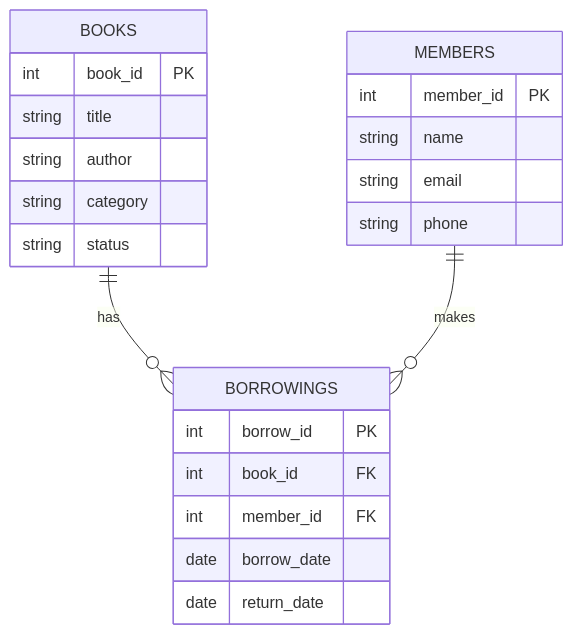
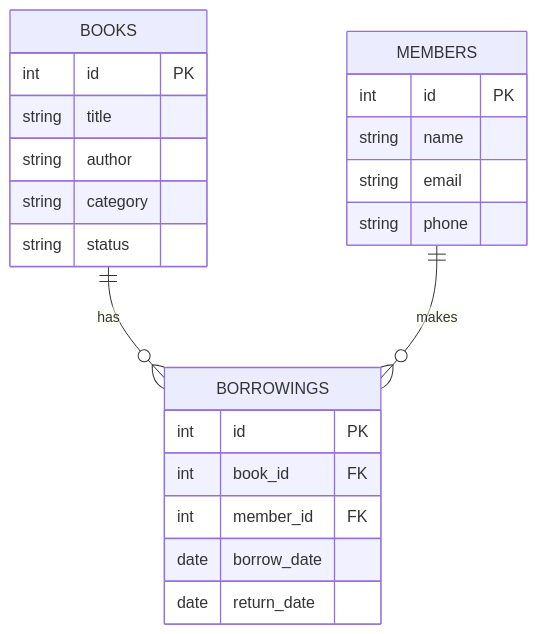
The diagram in README.md (JakePIXL/csci-2011-project-1), drawn with Mermaid before and after one commit.

````diff
--- a/README.md
+++ b/README.md
@@ -87,28 +87,28 @@
 ```mermaid
 erDiagram
     BOOKS ||--o{ BORROWINGS : has
     MEMBERS ||--o{ BORROWINGS : makes
 
     BOOKS {
-        int book_id PK
+        int id PK
         string title
         string author
         string category
         string status
     }
 
     MEMBERS {
-        int member_id PK
+        int id PK
         string name
         string email
         string phone
     }
 
     BORROWINGS {
-        int borrow_id PK
+        int id PK
         int book_id FK
         int member_id FK
         date borrow_date
         date return_date
     }
 ```
````
